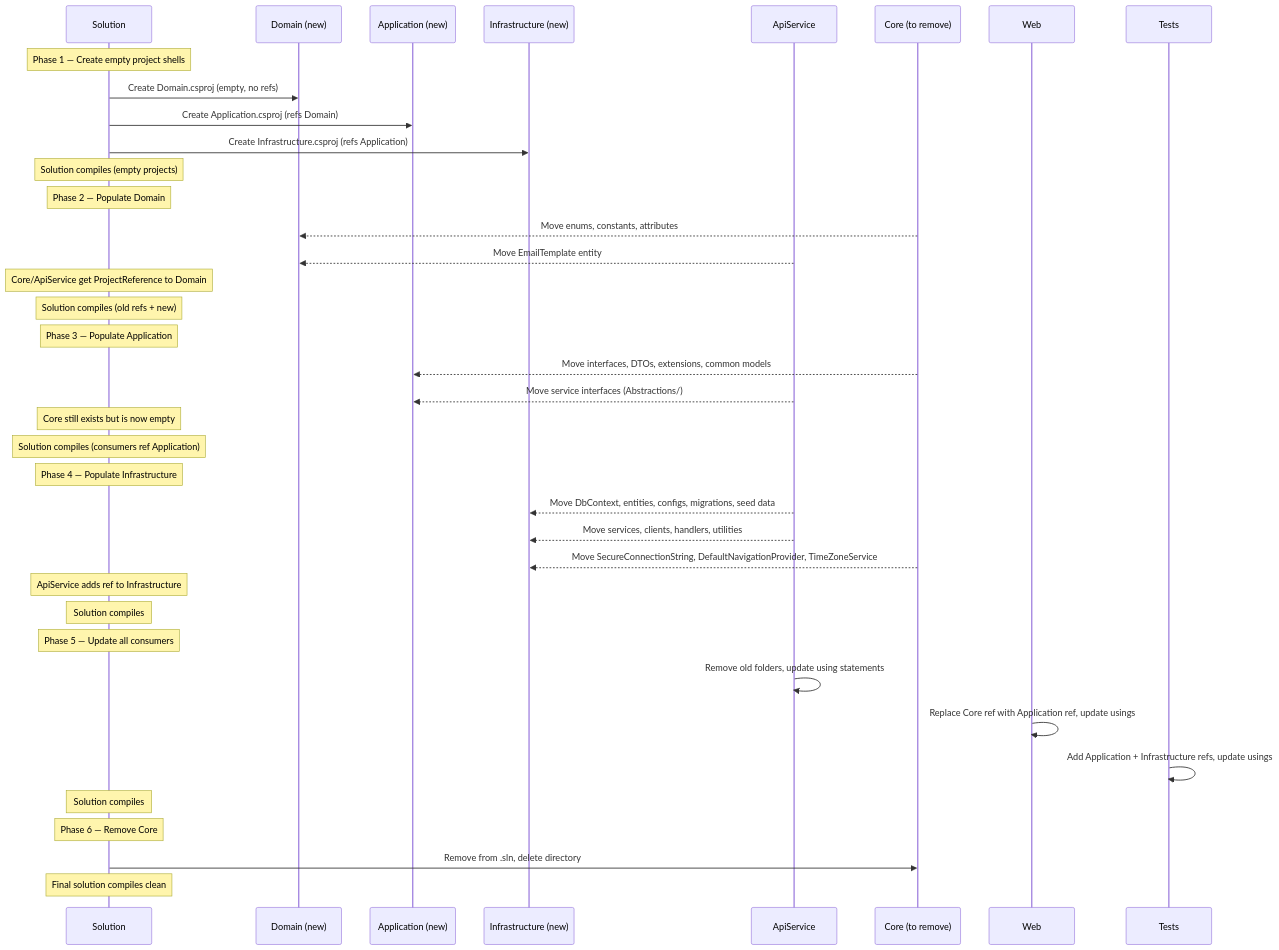
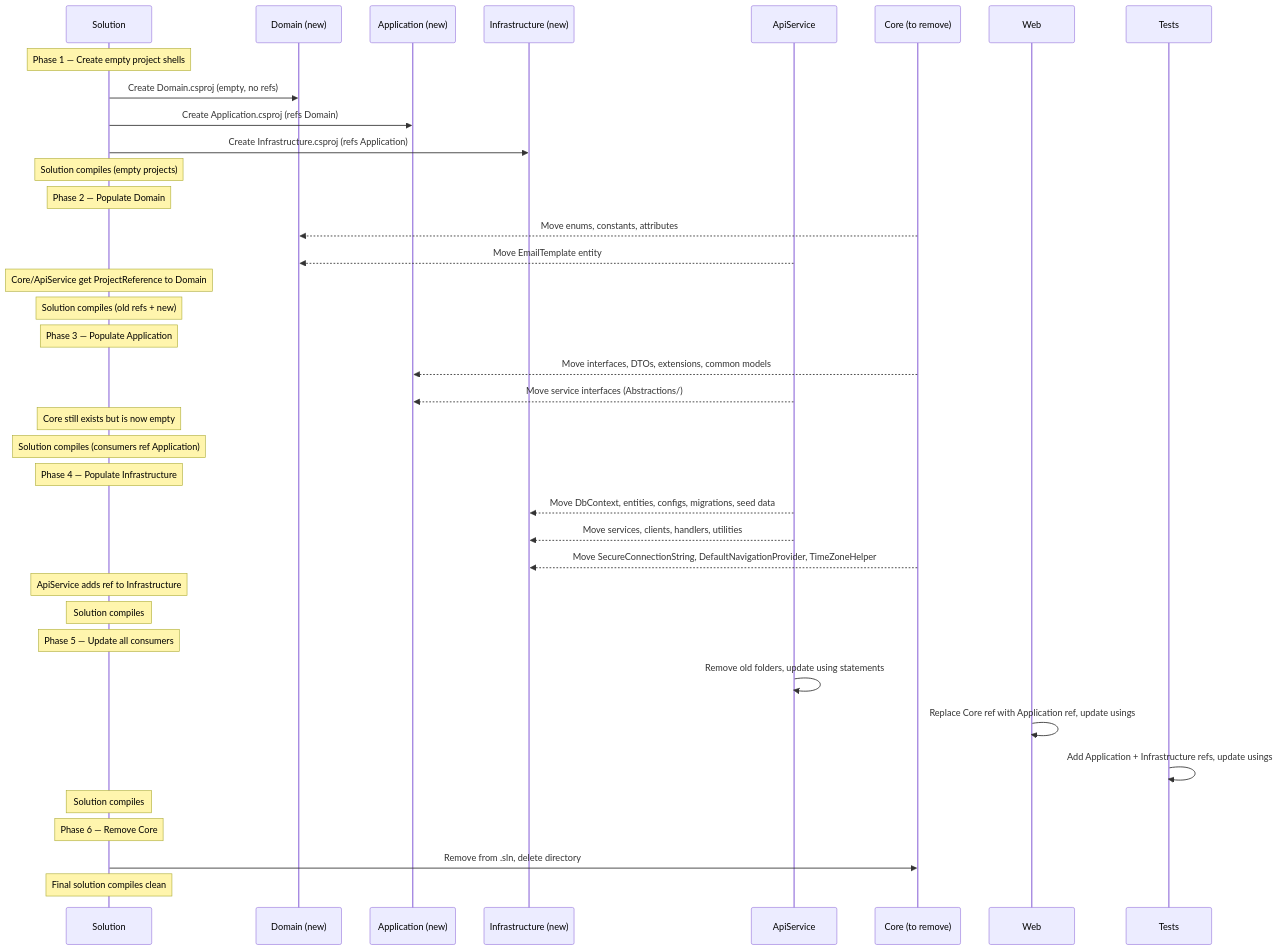
Before and after one commit to KGYeow/AspireWebAppTemplate: the third of 3 diagrams in docs/features/clean-architecture-migration/design.md, drawn with Mermaid. The commit also changed other lines of this file and 41 other files, not shown here.

````diff
--- a/docs/features/clean-architecture-migration/design.md
+++ b/docs/features/clean-architecture-migration/design.md
@@ -395,46 +395,46 @@
 ```mermaid
 sequenceDiagram
     participant S as Solution
     participant D as Domain (new)
     participant A as Application (new)
     participant I as Infrastructure (new)
     participant Api as ApiService
     participant Core as Core (to remove)
     participant Web as Web
     participant T as Tests
 
     Note over S: Phase 1 — Create empty project shells
     S->>D: Create Domain.csproj (empty, no refs)
     S->>A: Create Application.csproj (refs Domain)
     S->>I: Create Infrastructure.csproj (refs Application)
     Note over S: Solution compiles (empty projects)
 
     Note over S: Phase 2 — Populate Domain
     Core-->>D: Move enums, constants, attributes
     Api-->>D: Move EmailTemplate entity
     Note over S: Core/ApiService get ProjectReference to Domain
     Note over S: Solution compiles (old refs + new)
 
     Note over S: Phase 3 — Populate Application
     Core-->>A: Move interfaces, DTOs, extensions, common models
     Api-->>A: Move service interfaces (Abstractions/)
     Note over S: Core still exists but is now empty
     Note over S: Solution compiles (consumers ref Application)
 
     Note over S: Phase 4 — Populate Infrastructure
     Api-->>I: Move DbContext, entities, configs, migrations, seed data
     Api-->>I: Move services, clients, handlers, utilities
-    Core-->>I: Move SecureConnectionString, DefaultNavigationProvider, TimeZoneService
+    Core-->>I: Move SecureConnectionString, DefaultNavigationProvider, TimeZoneHelper
     Note over S: ApiService adds ref to Infrastructure
     Note over S: Solution compiles
 
     Note over S: Phase 5 — Update all consumers
     Api->>Api: Remove old folders, update using statements
     Web->>Web: Replace Core ref with Application ref, update usings
     T->>T: Add Application + Infrastructure refs, update usings
     Note over S: Solution compiles
 
     Note over S: Phase 6 — Remove Core
     S->>Core: Remove from .sln, delete directory
     Note over S: Final solution compiles clean
 ```
````
